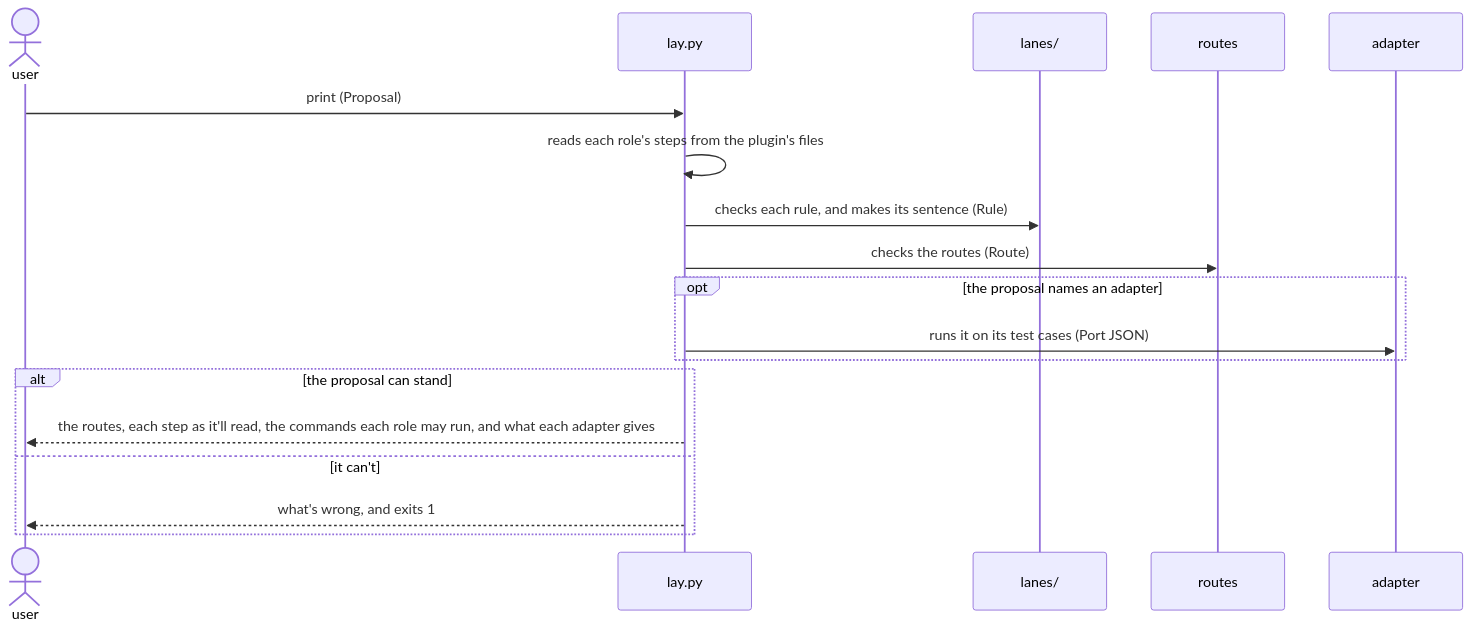
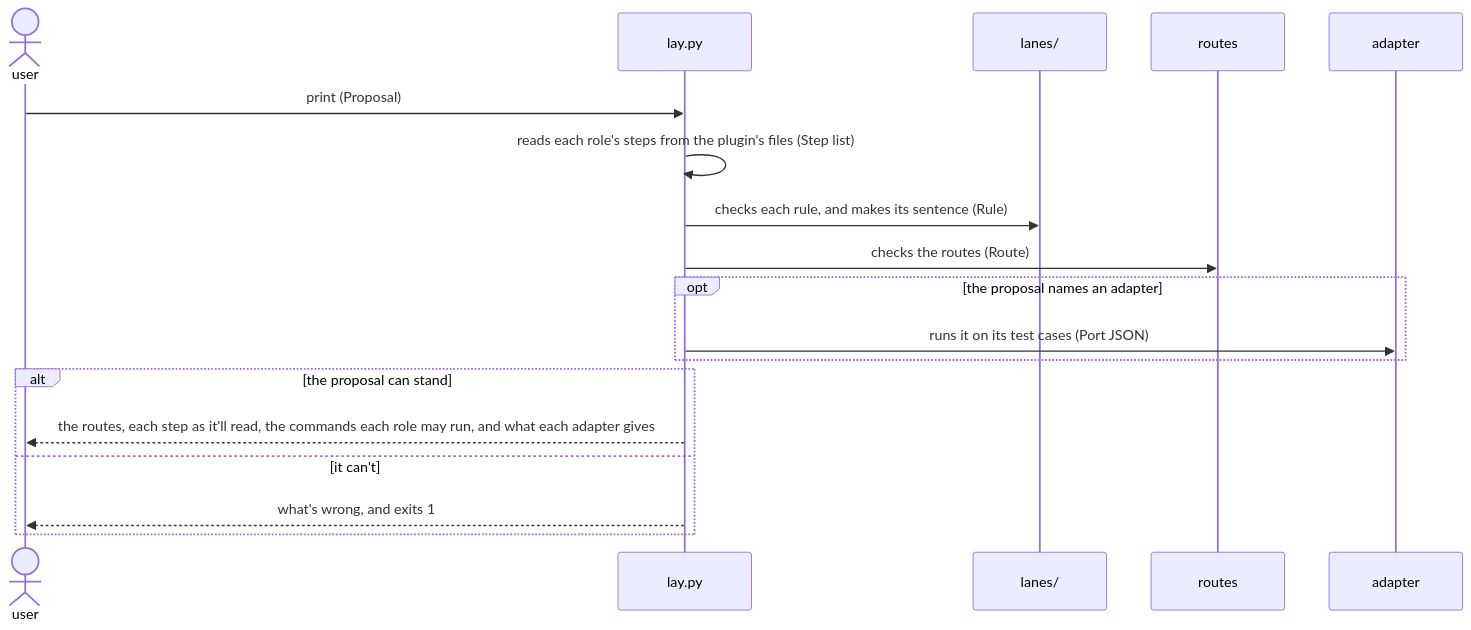
Before and after one commit to lovaizu/ccpm: the first of 7 diagrams in dev/lane/architecture.md, drawn with Mermaid. The commit also changed other lines of this file and 6 other files, not shown here.

````diff
--- a/dev/lane/architecture.md
+++ b/dev/lane/architecture.md
@@ -163,20 +167,20 @@
 ```mermaid
 sequenceDiagram
   actor U as user
   participant L as lay.py
   participant LN as lanes/
   participant RT as routes
   participant AD as adapter
   U->>L: print (Proposal)
-  L->>L: reads each role's steps from the plugin's files
+  L->>L: reads each role's steps from the plugin's files (Step list)
   L->>LN: checks each rule, and makes its sentence (Rule)
   L->>RT: checks the routes (Route)
   opt the proposal names an adapter
     L->>AD: runs it on its test cases (Port JSON)
   end
   alt the proposal can stand
     L-->>U: the routes, each step as it'll read, the commands each role may run, and what each adapter gives
   else it can't
     L-->>U: what's wrong, and exits 1
   end
 ```
````
